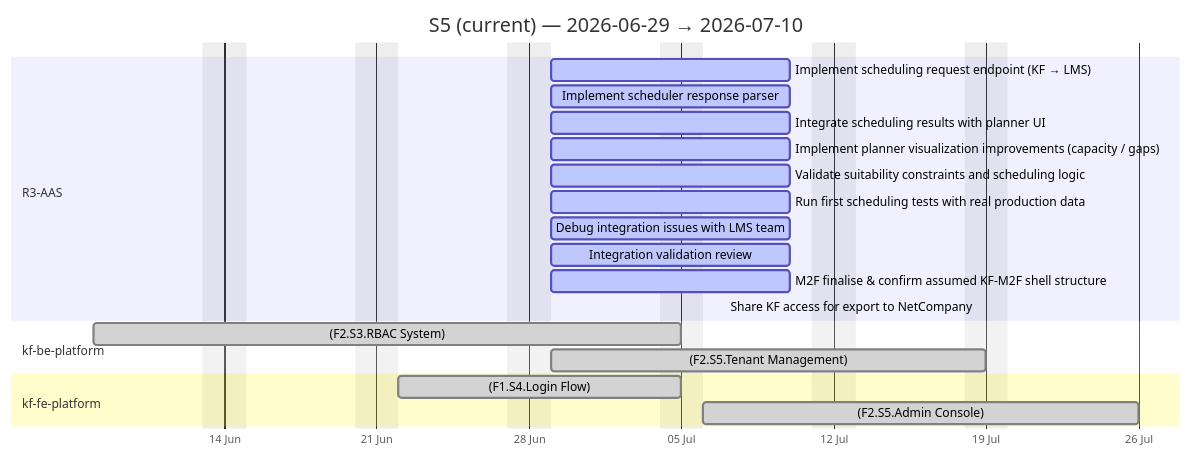
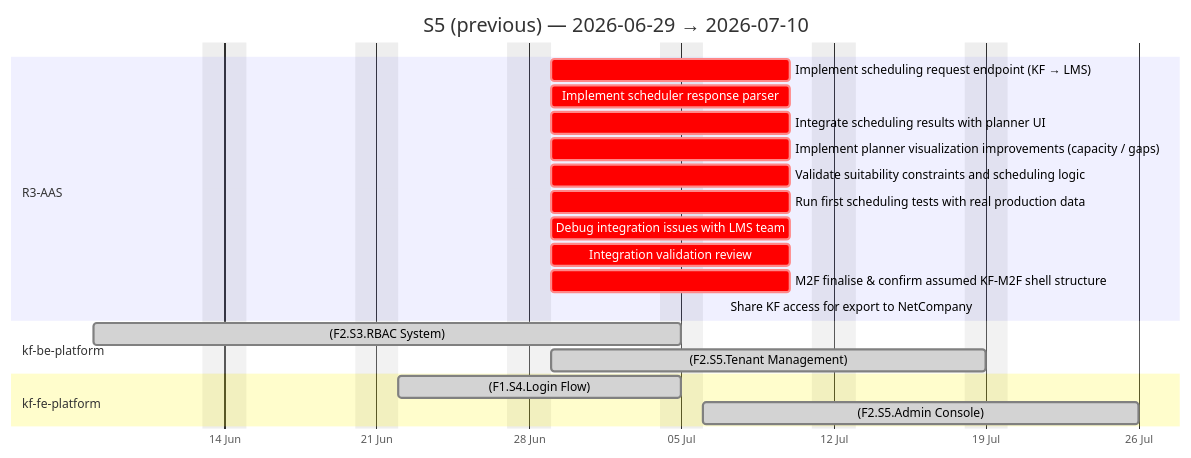
The second of 4 diagrams in docs/agile-sprints.md (Katty-Fashion/kf-cpto), drawn with Mermaid before and after one commit. The commit also changed other lines of this file and 14 other files, not shown here.

````diff
--- a/docs/agile-sprints.md
+++ b/docs/agile-sprints.md
@@ -71,25 +51,25 @@
 ```mermaid
 gantt
-    title S5 (current) — 2026-06-29 → 2026-07-10
+    title S5 (previous) — 2026-06-29 → 2026-07-10
     dateFormat YYYY-MM-DD
     axisFormat %d %b
     excludes weekends
 
     section R3-AAS
-    Implement scheduling request endpoint (KF → LMS) :active, 2026-06-29, 2026-07-10
-    Implement scheduler response parser :active, 2026-06-29, 2026-07-10
-    Integrate scheduling results with planner UI :active, 2026-06-29, 2026-07-10
-    Implement planner visualization improvements (capacity / gaps) :active, 2026-06-29, 2026-07-10
-    Validate suitability constraints and scheduling logic :active, 2026-06-29, 2026-07-10
-    Run first scheduling tests with real production data :active, 2026-06-29, 2026-07-10
-    Debug integration issues with LMS team :active, 2026-06-29, 2026-07-10
-    Integration validation review :active, 2026-06-29, 2026-07-10
-    M2F finalise & confirm assumed KF-M2F shell structure :active, 2026-06-29, 2026-07-10
+    Implement scheduling request endpoint (KF → LMS) :crit, 2026-06-29, 2026-07-10
+    Implement scheduler response parser :crit, 2026-06-29, 2026-07-10
+    Integrate scheduling results with planner UI :crit, 2026-06-29, 2026-07-10
+    Implement planner visualization improvements (capacity / gaps) :crit, 2026-06-29, 2026-07-10
+    Validate suitability constraints and scheduling logic :crit, 2026-06-29, 2026-07-10
+    Run first scheduling tests with real production data :crit, 2026-06-29, 2026-07-10
+    Debug integration issues with LMS team :crit, 2026-06-29, 2026-07-10
+    Integration validation review :crit, 2026-06-29, 2026-07-10
+    M2F finalise & confirm assumed KF-M2F shell structure :crit, 2026-06-29, 2026-07-10
     Share KF access for export to NetCompany :done, 2026-07-07, 2026-07-07
     section kf-be-platform
     (F2.S3.RBAC System) :done, 2026-06-08, 2026-07-05
     (F2.S5.Tenant Management) :done, 2026-06-29, 2026-07-19
     section kf-fe-platform
     (F1.S4.Login Flow) :done, 2026-06-22, 2026-07-05
     (F2.S5.Admin Console) :done, 2026-07-06, 2026-07-26
 ```
````
